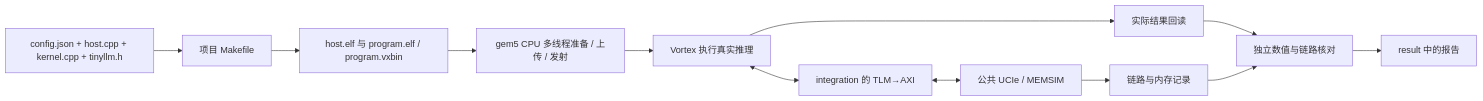
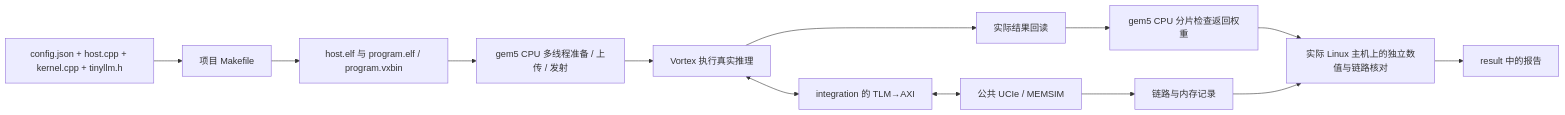
One commit to hy2581/vortex_StorageStacked changed the second of 2 diagrams in docs/03-LLM简要说明.md. Above: the diagram before and after it, drawn with Mermaid. The commit also changed other lines of this file and 5 other files, not shown here.

Commit message:
Document CPU GPU roles and gem5 multicore usage

````diff
--- a/docs/03-LLM简要说明.md
+++ b/docs/03-LLM简要说明.md
@@ -93,14 +116,15 @@
 ```mermaid
 flowchart LR
     A[config.json + host.cpp + kernel.cpp + tinyllm.h] --> B[项目 Makefile]
     B --> C[host.elf 与 program.elf / program.vxbin]
     C --> D[gem5 CPU 多线程准备 / 上传 / 发射]
     D --> E[Vortex 执行真实推理]
     E <--> F[integration 的 TLM→AXI]
     F <--> G[公共 UCIe / MEMSIM]
     E --> H[实际结果回读]
     G --> I[链路与内存记录]
-    H --> J[独立数值与链路核对]
+    H --> V[gem5 CPU 分片检查返回权重]
+    V --> J[实际 Linux 主机上的独立数值与链路核对]
     I --> J
     J --> K[result 中的报告]
 ```
````
